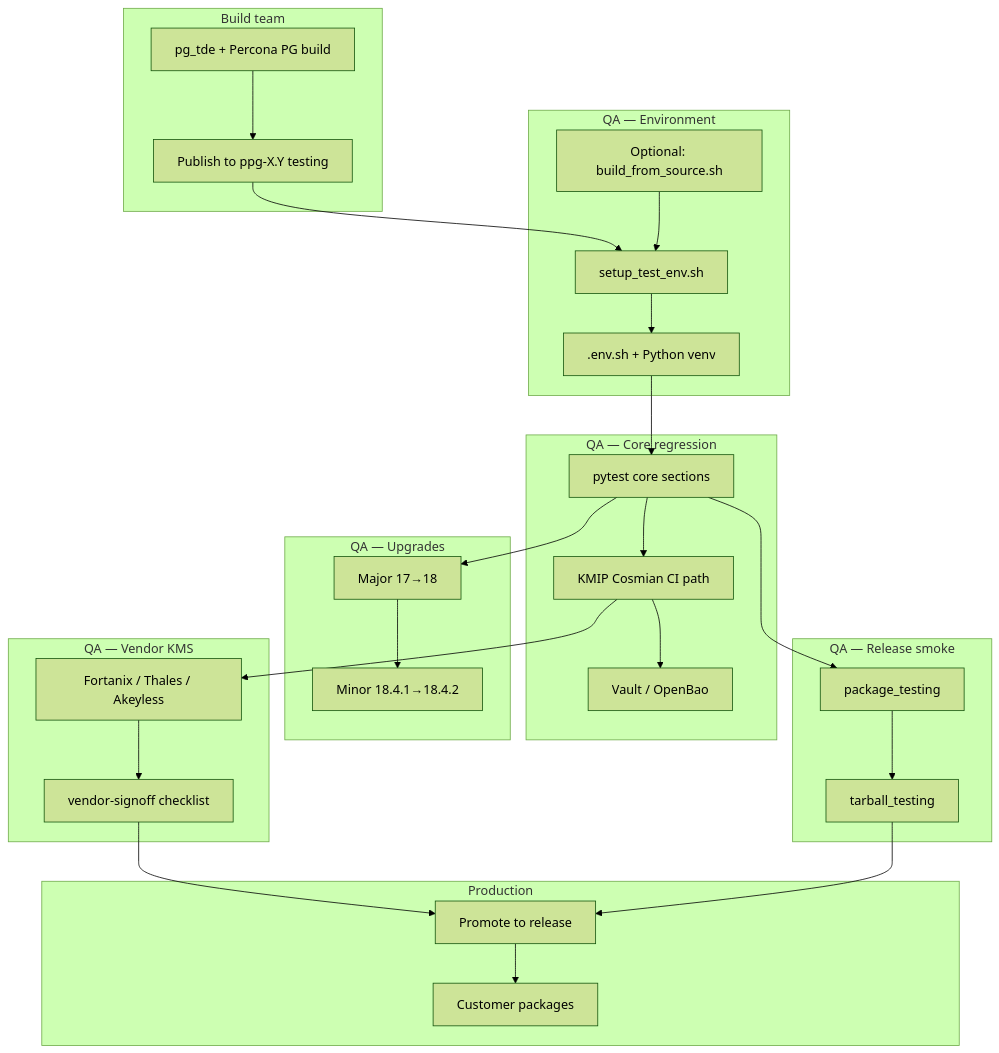
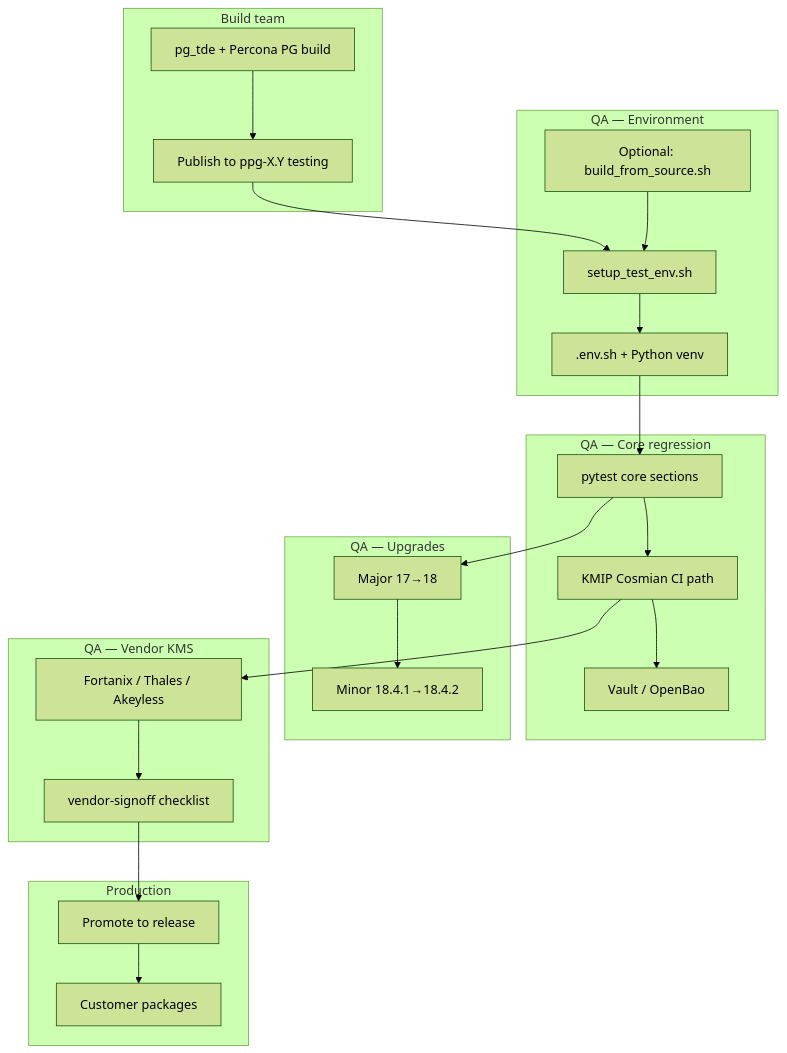
Before and after one commit to Percona-QA/ppg-testing: the diagram in pg_tde/core/files/pytest/docs/qa_workflow.md, drawn with Mermaid (forest theme). The commit also changed other lines of this file and 13 other files, not shown here.

````diff
--- a/pg_tde/core/files/pytest/docs/qa_workflow.md
+++ b/pg_tde/core/files/pytest/docs/qa_workflow.md
@@ -53,49 +52,43 @@
 ```mermaid
 flowchart TB
     subgraph BUILD["Build team"]
         A[pg_tde + Percona PG build]
         B[Publish to ppg-X.Y testing]
     end
 
     subgraph QA_ENV["QA — Environment"]
         C[setup_test_env.sh]
         D[Optional: build_from_source.sh]
         E[.env.sh + Python venv]
     end
 
     subgraph QA_CORE["QA — Core regression"]
         F[pytest core sections]
         G[KMIP Cosmian CI path]
         H[Vault / OpenBao]
     end
 
     subgraph QA_UPG["QA — Upgrades"]
         I[Major 17→18]
         J[Minor 18.4.1→18.4.2]
     end
 
     subgraph QA_VENDOR["QA — Vendor KMS"]
         K[Fortanix / Thales / Akeyless]
         L[vendor-signoff checklist]
     end
 
-    subgraph QA_RELEASE["QA — Release smoke"]
-        M[package_testing]
-        N[tarball_testing]
-    end
-
     subgraph PROD["Production"]
         O[Promote to release]
         P[Customer packages]
     end
 
     A --> B --> C
     D --> C
     C --> E --> F
     F --> G --> H
     F --> I --> J
     G --> K --> L
-    F --> M --> N
     L --> O
-    N --> O --> P
+    O --> P
 ```
````
